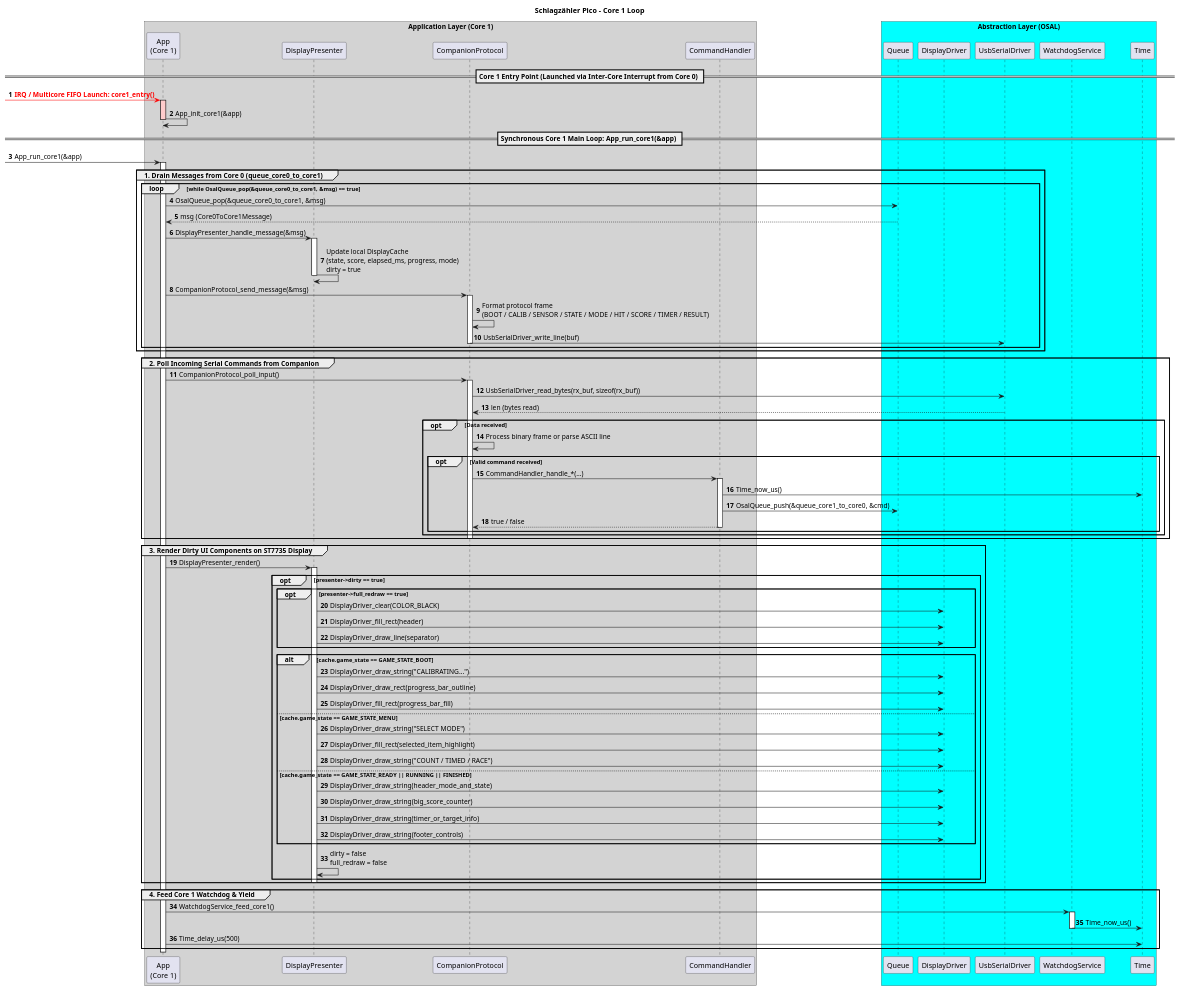
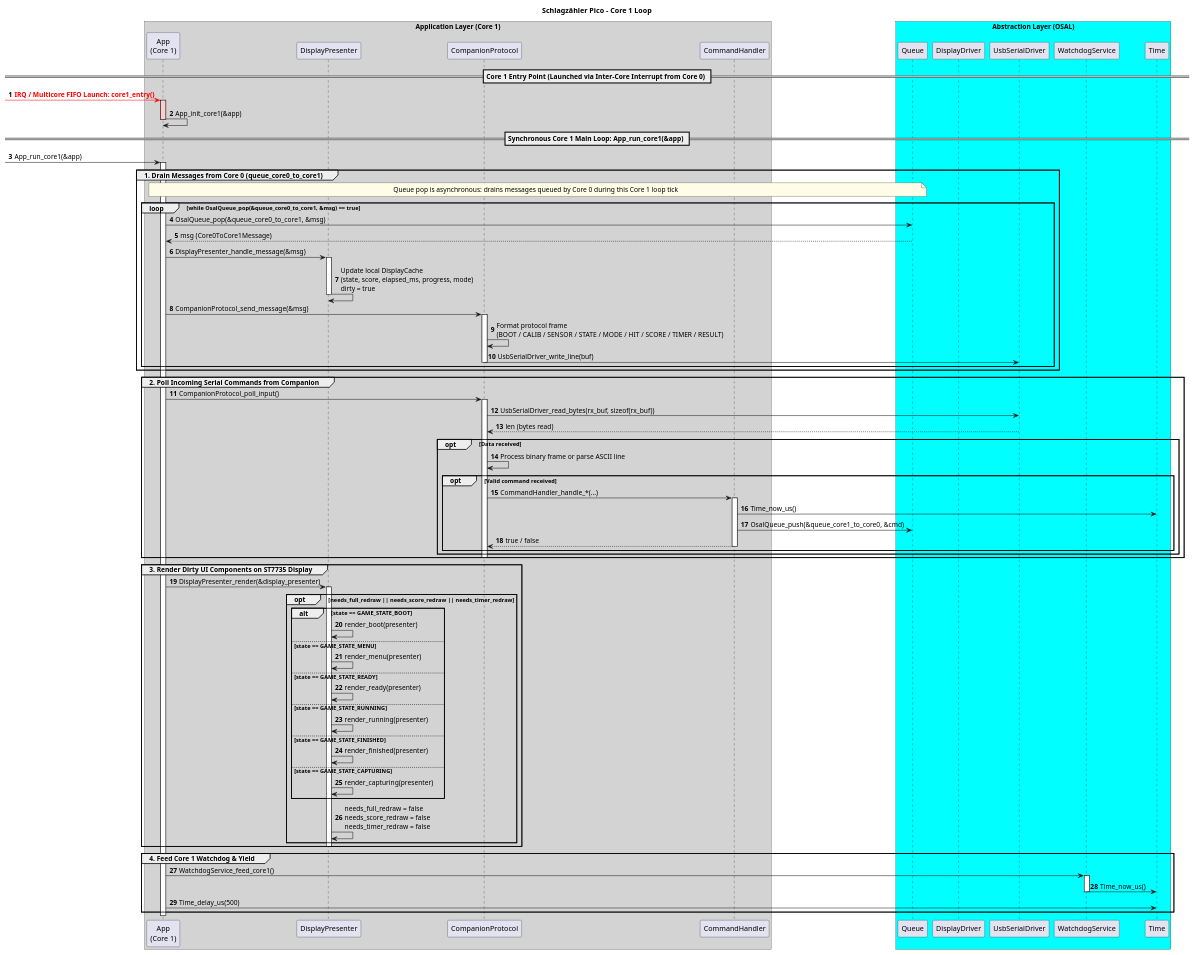
Before and after one commit to rafaelurben/raspberry-pi-pico-schlagzaehler: the diagram in docs/diagrams/sequence_pico_core1_loop.puml, drawn with PlantUML. The commit also changed 6 other files, not shown here.

Commit message:
chore(docs): Update diagrams

```diff
--- a/docs/diagrams/sequence_pico_core1_loop.puml
+++ b/docs/diagrams/sequence_pico_core1_loop.puml
@@ -1,115 +1,109 @@
 @startuml
 title Schlagzähler Pico – Core 1 Loop
 
 skinparam shadowing false
 skinparam responseMessageBelowArrow true
 skinparam sequenceMessageAlign left
 autonumber
 
 box "Application Layer (Core 1)" #LightGray
     participant "App\n(Core 1)" as App
     participant "DisplayPresenter" as DisplayPresenter
     participant "CompanionProtocol" as CompanionProtocol
     participant "CommandHandler" as CommandHandler
 end box
 
 box "Abstraction Layer (OSAL)" #Cyan
     participant "Queue" as Queue
     participant "DisplayDriver" as DisplayDriver
     participant "UsbSerialDriver" as UsbSerialDriver
     participant "WatchdogService" as WatchdogService
     participant "Time" as Time
 end box
 
 == Core 1 Entry Point (Launched via Inter-Core Interrupt from Core 0) ==
 
 [-[#Red]> App : <color:Red><b>IRQ / Multicore FIFO Launch: core1_entry()</b></color>
 activate App #FFCCCC
 App -> App : App_init_core1(&app)
 deactivate App
 
 == Synchronous Core 1 Main Loop: App_run_core1(&app) ==
 
 [-> App : App_run_core1(&app)
 activate App
 
 group 1. Drain Messages from Core 0 (queue_core0_to_core1)
+    note over App, Queue #FFFDE7: Queue pop is asynchronous: drains messages queued by Core 0 during this Core 1 loop tick
     loop while OsalQueue_pop(&queue_core0_to_core1, &msg) == true
         App -> Queue : OsalQueue_pop(&queue_core0_to_core1, &msg)
         Queue --> App : msg (Core0ToCore1Message)
 
         App -> DisplayPresenter : DisplayPresenter_handle_message(&msg)
         activate DisplayPresenter
         DisplayPresenter -> DisplayPresenter : Update local DisplayCache\n(state, score, elapsed_ms, progress, mode)\ndirty = true
         deactivate DisplayPresenter
 
         App -> CompanionProtocol : CompanionProtocol_send_message(&msg)
         activate CompanionProtocol
         CompanionProtocol -> CompanionProtocol : Format protocol frame\n(BOOT / CALIB / SENSOR / STATE / MODE / HIT / SCORE / TIMER / RESULT)
         CompanionProtocol -> UsbSerialDriver : UsbSerialDriver_write_line(buf)
         deactivate CompanionProtocol
     end
 end
 
 group 2. Poll Incoming Serial Commands from Companion
     App -> CompanionProtocol : CompanionProtocol_poll_input()
     activate CompanionProtocol
     CompanionProtocol -> UsbSerialDriver : UsbSerialDriver_read_bytes(rx_buf, sizeof(rx_buf))
     UsbSerialDriver --> CompanionProtocol : len (bytes read)
 
     opt Data received
         CompanionProtocol -> CompanionProtocol : Process binary frame or parse ASCII line
         opt Valid command received
             CompanionProtocol -> CommandHandler : CommandHandler_handle_*(...)
             activate CommandHandler
             CommandHandler -> Time : Time_now_us()
             CommandHandler -> Queue : OsalQueue_push(&queue_core1_to_core0, &cmd)
             CommandHandler --> CompanionProtocol : true / false
             deactivate CommandHandler
         end
     end
     deactivate CompanionProtocol
 end
 
 group 3. Render Dirty UI Components on ST7735 Display
-    App -> DisplayPresenter : DisplayPresenter_render()
+    App -> DisplayPresenter : DisplayPresenter_render(&display_presenter)
     activate DisplayPresenter
-    opt presenter->dirty == true
-        opt presenter->full_redraw == true
-            DisplayPresenter -> DisplayDriver : DisplayDriver_clear(COLOR_BLACK)
-            DisplayPresenter -> DisplayDriver : DisplayDriver_fill_rect(header)
-            DisplayPresenter -> DisplayDriver : DisplayDriver_draw_line(separator)
+    opt needs_full_redraw || needs_score_redraw || needs_timer_redraw
+        alt state == GAME_STATE_BOOT
+            DisplayPresenter -> DisplayPresenter : render_boot(presenter)
+        else state == GAME_STATE_MENU
+            DisplayPresenter -> DisplayPresenter : render_menu(presenter)
+        else state == GAME_STATE_READY
+            DisplayPresenter -> DisplayPresenter : render_ready(presenter)
+        else state == GAME_STATE_RUNNING
+            DisplayPresenter -> DisplayPresenter : render_running(presenter)
+        else state == GAME_STATE_FINISHED
+            DisplayPresenter -> DisplayPresenter : render_finished(presenter)
+        else state == GAME_STATE_CAPTURING
+            DisplayPresenter -> DisplayPresenter : render_capturing(presenter)
         end
 
-        alt cache.game_state == GAME_STATE_BOOT
-            DisplayPresenter -> DisplayDriver : DisplayDriver_draw_string("CALIBRATING...")
-            DisplayPresenter -> DisplayDriver : DisplayDriver_draw_rect(progress_bar_outline)
-            DisplayPresenter -> DisplayDriver : DisplayDriver_fill_rect(progress_bar_fill)
-        else cache.game_state == GAME_STATE_MENU
-            DisplayPresenter -> DisplayDriver : DisplayDriver_draw_string("SELECT MODE")
-            DisplayPresenter -> DisplayDriver : DisplayDriver_fill_rect(selected_item_highlight)
-            DisplayPresenter -> DisplayDriver : DisplayDriver_draw_string("COUNT / TIMED / RACE")
-        else cache.game_state == GAME_STATE_READY || RUNNING || FINISHED
-            DisplayPresenter -> DisplayDriver : DisplayDriver_draw_string(header_mode_and_state)
-            DisplayPresenter -> DisplayDriver : DisplayDriver_draw_string(big_score_counter)
-            DisplayPresenter -> DisplayDriver : DisplayDriver_draw_string(timer_or_target_info)
-            DisplayPresenter -> DisplayDriver : DisplayDriver_draw_string(footer_controls)
-        end
-
-        DisplayPresenter -> DisplayPresenter : dirty = false\nfull_redraw = false
+        DisplayPresenter -> DisplayPresenter : needs_full_redraw = false\nneeds_score_redraw = false\nneeds_timer_redraw = false
     end
     deactivate DisplayPresenter
 end
 
 group 4. Feed Core 1 Watchdog & Yield
     App -> WatchdogService : WatchdogService_feed_core1()
     activate WatchdogService
     WatchdogService -> Time : Time_now_us()
     deactivate WatchdogService
 
     App -> Time : Time_delay_us(500)
 end
 
 deactivate App
 
 @enduml
```
